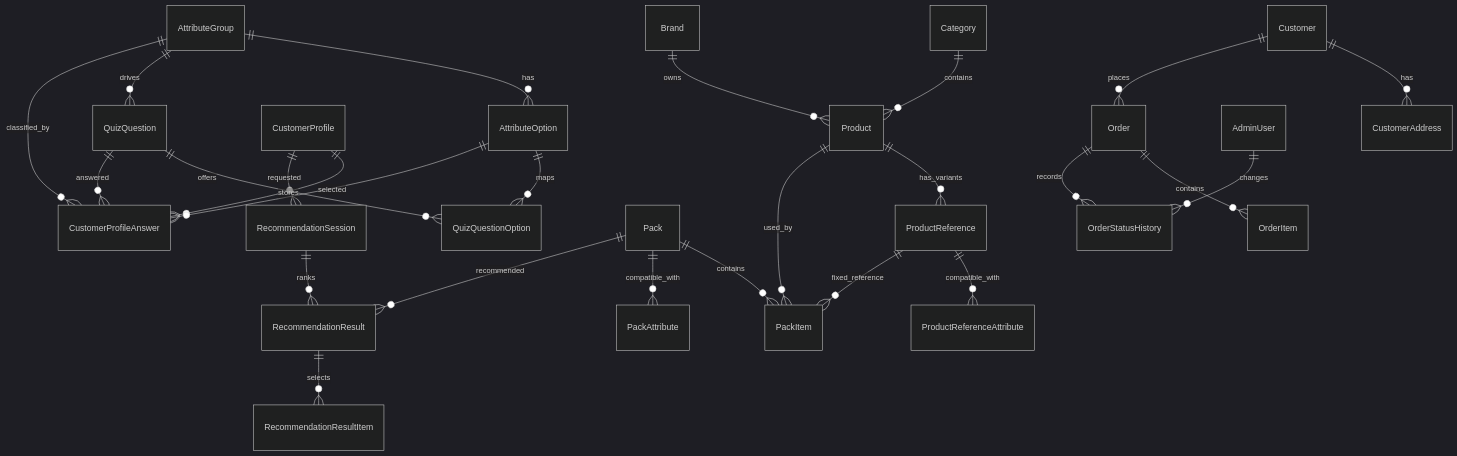
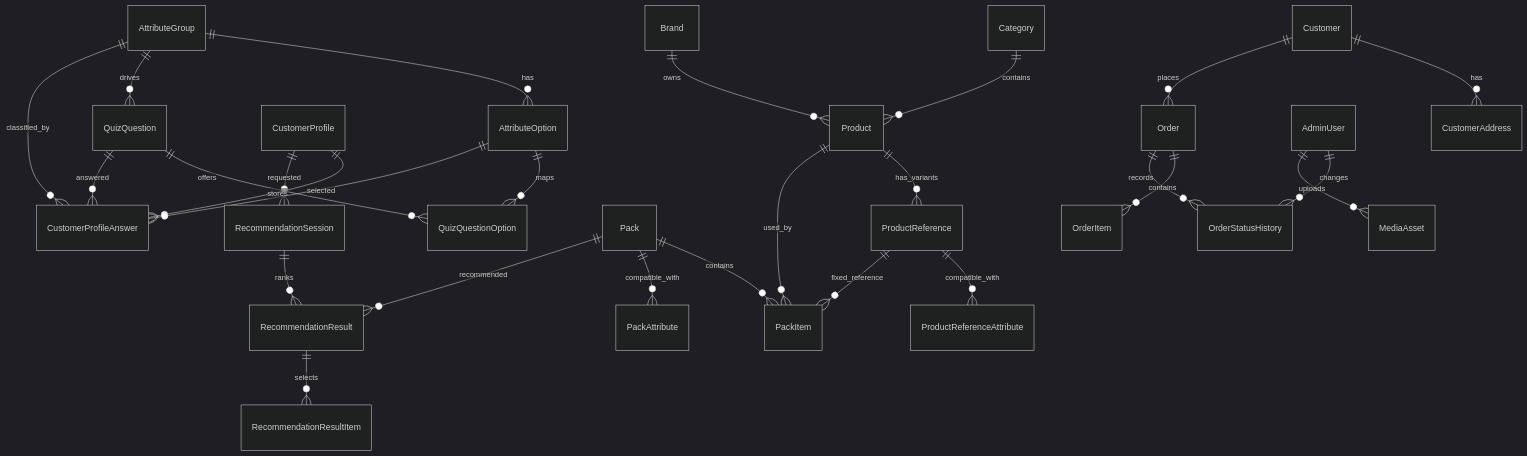
The diagram in docs/DOMAIN_MODEL.md (Ismailfalouh09/recommended-packs), drawn with Mermaid (dark theme) before and after one commit. The commit also changed other lines of this file and 26 other files, not shown here.

````diff
--- a/docs/DOMAIN_MODEL.md
+++ b/docs/DOMAIN_MODEL.md
@@ -9,28 +9,29 @@
 ```mermaid
 erDiagram
   AttributeGroup ||--o{ AttributeOption : has
   AttributeGroup ||--o{ QuizQuestion : drives
   QuizQuestion ||--o{ QuizQuestionOption : offers
   AttributeOption ||--o{ QuizQuestionOption : maps
   CustomerProfile ||--o{ CustomerProfileAnswer : stores
   QuizQuestion ||--o{ CustomerProfileAnswer : answered
   AttributeGroup ||--o{ CustomerProfileAnswer : classified_by
   AttributeOption ||--o{ CustomerProfileAnswer : selected
   Category ||--o{ Product : contains
   Brand ||--o{ Product : owns
   Product ||--o{ ProductReference : has_variants
   ProductReference ||--o{ ProductReferenceAttribute : compatible_with
   Pack ||--o{ PackItem : contains
   Pack ||--o{ PackAttribute : compatible_with
   Product ||--o{ PackItem : used_by
   ProductReference ||--o{ PackItem : fixed_reference
   CustomerProfile ||--o{ RecommendationSession : requested
   RecommendationSession ||--o{ RecommendationResult : ranks
   RecommendationResult ||--o{ RecommendationResultItem : selects
   Pack ||--o{ RecommendationResult : recommended
   Customer ||--o{ CustomerAddress : has
   Customer ||--o{ Order : places
   Order ||--o{ OrderItem : contains
   Order ||--o{ OrderStatusHistory : records
   AdminUser ||--o{ OrderStatusHistory : changes
+  AdminUser ||--o{ MediaAsset : uploads
 ```
````
